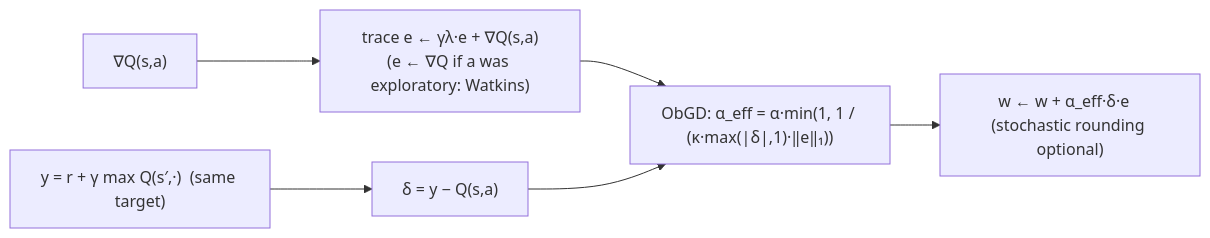
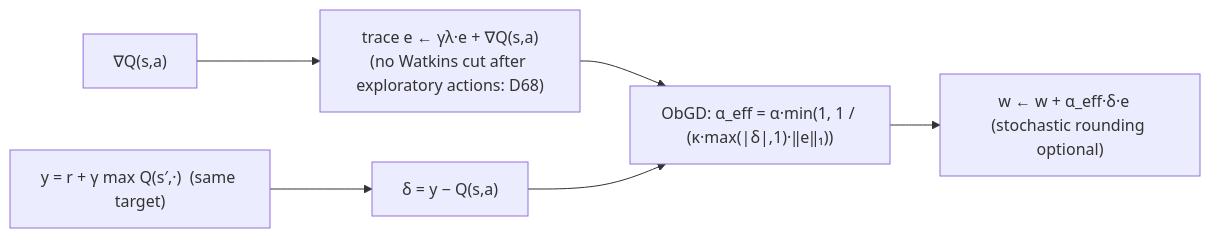
One commit to pillanagrovi1/Gait_adaptive_robot changed the second of 4 diagrams in docs/architecture.md. Above: the diagram before and after it, drawn with Mermaid. The commit also changed 9 other files, not shown here.

First line of the commit message:
D68: the streaming path has no Watkins cut; say so everywhere

````diff
--- a/docs/architecture.md
+++ b/docs/architecture.md
@@ -16,8 +16,8 @@
 ```mermaid
 flowchart LR
     Y["y = r + γ max Q(s′,·)  (same target)"] --> D["δ = y − Q(s,a)"]
-    G["∇Q(s,a)"] --> E["trace e ← γλ·e + ∇Q(s,a)<br/>(e ← ∇Q if a was exploratory: Watkins)"]
+    G["∇Q(s,a)"] --> E["trace e ← γλ·e + ∇Q(s,a)<br/>(no Watkins cut after exploratory actions: D68)"]
     E --> O["ObGD: α_eff = α·min(1, 1 / (κ·max(|δ|,1)·‖e‖₁))"]
     D --> O
     O --> W["w ← w + α_eff·δ·e   (stochastic rounding optional)"]
 ```
````
